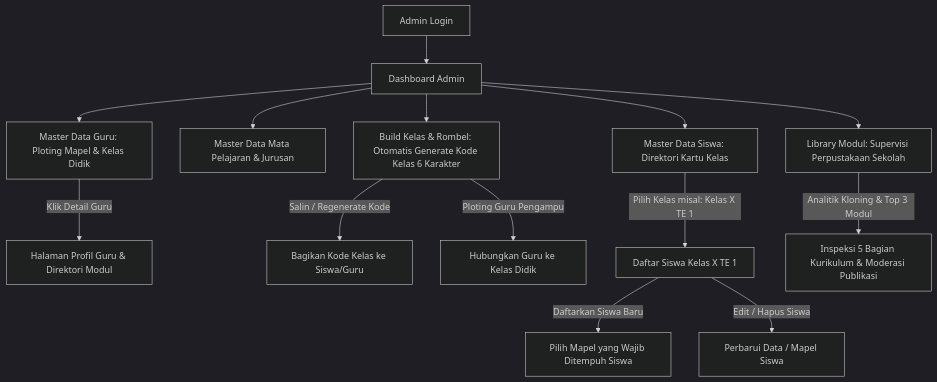
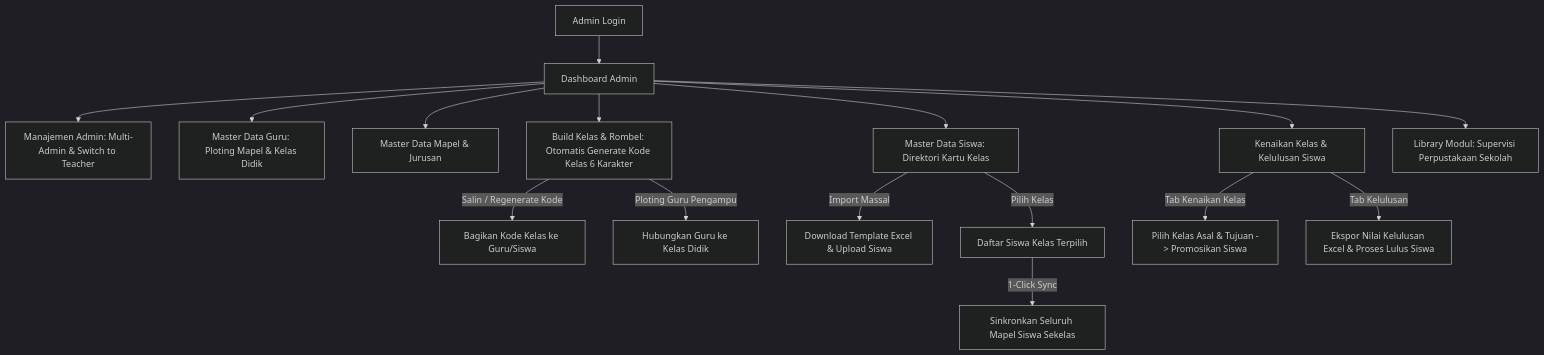
The first of 5 diagrams in prd.md (AdiLamunedo21/e-modul), drawn with Mermaid (dark theme) before and after one commit. The commit also changed other lines of this file, not shown here.

Commit message:
docs(prd): perbarui prd.md dengan fitur kuis live, kenaikan kelas, import excel, dual-role switcher, dan siklus modul kelas terkini

````diff
--- a/prd.md
+++ b/prd.md
@@ -251,16 +342,18 @@
 ```mermaid
 graph TD
     A[Admin Login] --> B[Dashboard Admin]
-    B --> C[Master Data Guru: Ploting Mapel & Kelas Didik]
-    C -->|Klik Detail Guru| C1[Halaman Profil Guru & Direktori Modul]
-    B --> D[Master Data Mata Pelajaran & Jurusan]
-    B --> E[Build Kelas & Rombel: Otomatis Generate Kode Kelas 6 Karakter]
-    E -->|Salin / Regenerate Kode| E1[Bagikan Kode Kelas ke Siswa/Guru]
-    E -->|Ploting Guru Pengampu| E2[Hubungkan Guru ke Kelas Didik]
-    B --> F[Master Data Siswa: Direktori Kartu Kelas]
-    F -->|Pilih Kelas misal: Kelas X TE 1| G[Daftar Siswa Kelas X TE 1]
-    G -->|Daftarkan Siswa Baru| H[Pilih Mapel yang Wajib Ditempuh Siswa]
-    G -->|Edit / Hapus Siswa| I[Perbarui Data / Mapel Siswa]
-    B --> J[Library Modul: Supervisi Perpustakaan Sekolah]
-    J -->|Analitik Kloning & Top 3 Modul| J1[Inspeksi 5 Bagian Kurikulum & Moderasi Publikasi]
+    B --> C[Manajemen Admin: Multi-Admin & Switch to Teacher]
+    B --> D[Master Data Guru: Ploting Mapel & Kelas Didik]
+    B --> E[Master Data Mapel & Jurusan]
+    B --> F[Build Kelas & Rombel: Otomatis Generate Kode Kelas 6 Karakter]
+    F -->|Salin / Regenerate Kode| F1[Bagikan Kode Kelas ke Guru/Siswa]
+    F -->|Ploting Guru Pengampu| F2[Hubungkan Guru ke Kelas Didik]
+    B --> G[Master Data Siswa: Direktori Kartu Kelas]
+    G -->|Import Massal| G1[Download Template Excel & Upload Siswa]
+    G -->|Pilih Kelas| G2[Daftar Siswa Kelas Terpilih]
+    G2 -->|1-Click Sync| G3[Sinkronkan Seluruh Mapel Siswa Sekelas]
+    B --> H[Kenaikan Kelas & Kelulusan Siswa]
+    H -->|Tab Kenaikan Kelas| H1[Pilih Kelas Asal & Tujuan -> Promosikan Siswa]
+    H -->|Tab Kelulusan| H2[Ekspor Nilai Kelulusan Excel & Proses Lulus Siswa]
+    B --> I[Library Modul: Supervisi Perpustakaan Sekolah]
 ```
````
